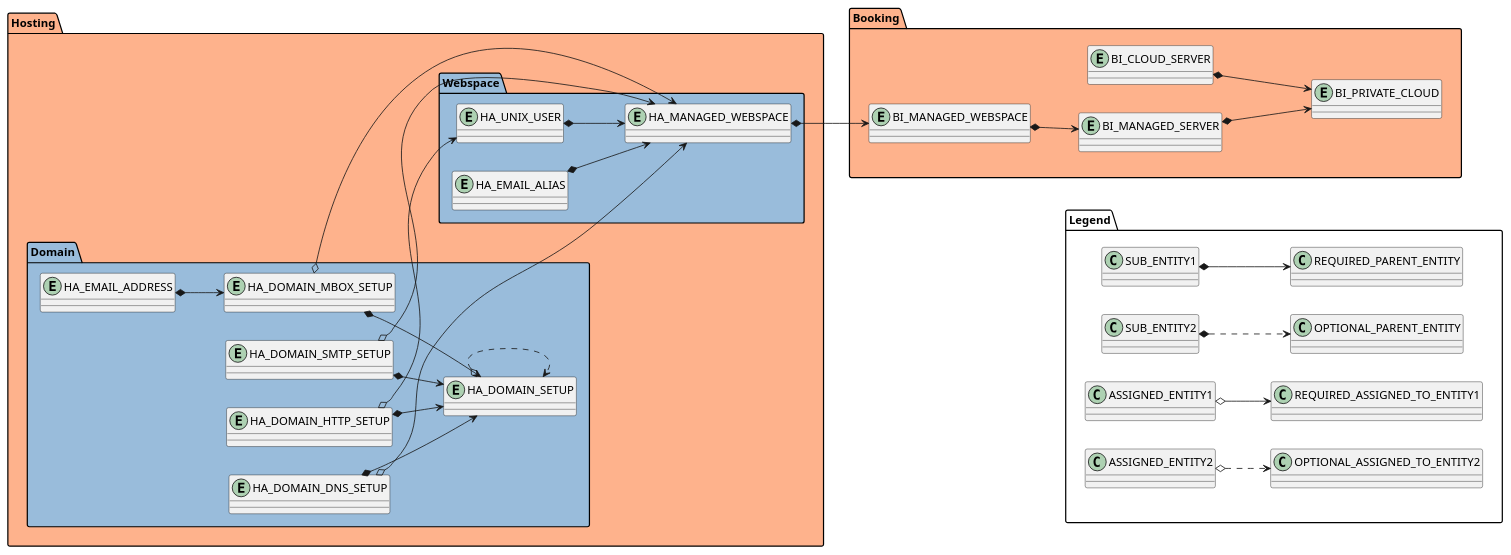
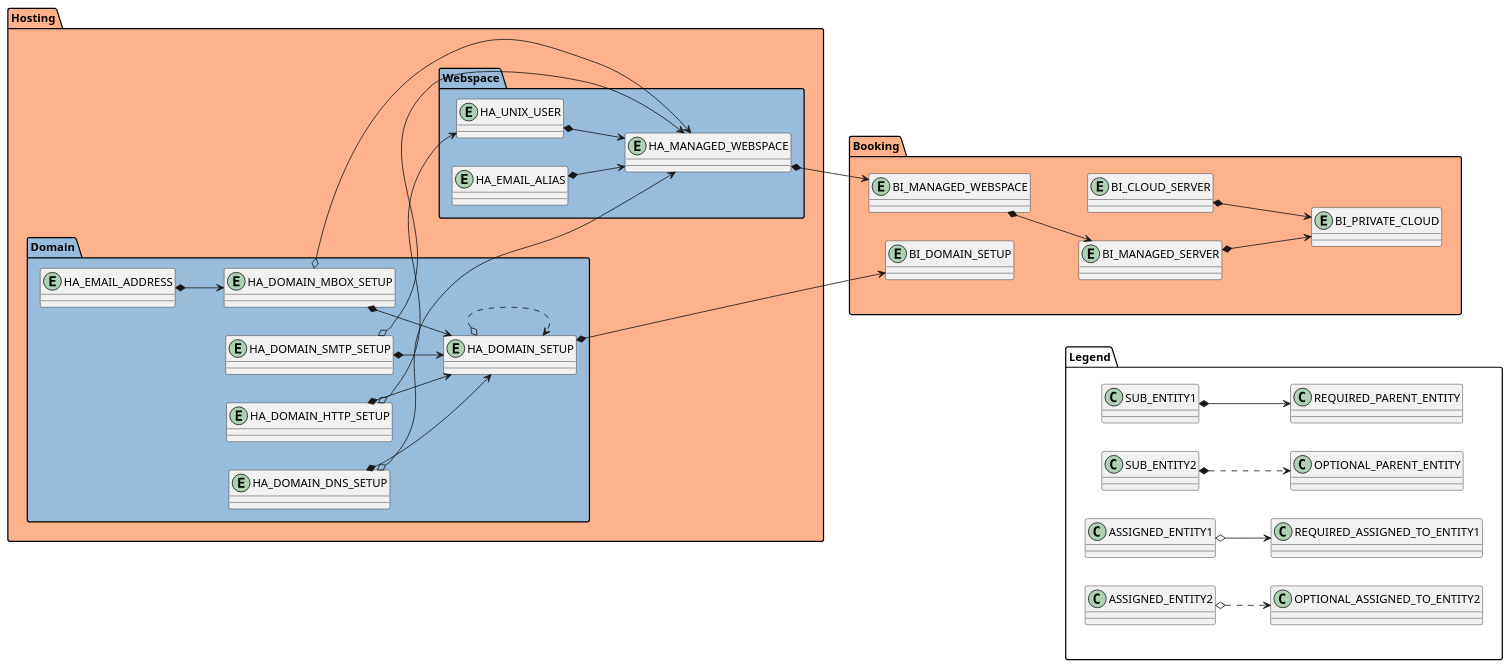
The second of 4 diagrams in doc/hs-hosting-asset-type-structure.md (mhoennig/hs.hsadmin.ng), drawn with PlantUML before and after one commit. The commit also changed other lines of this file and 11 other files, not shown here.

Commit message:
ceate bookingitems for domain-setup hostingassets (#95)

````diff
--- a/doc/hs-hosting-asset-type-structure.md
+++ b/doc/hs-hosting-asset-type-structure.md
@@ -61,55 +62,57 @@
 ```plantuml
 @startuml
 left to right direction
 
 package Booking #feb28c {
     entity BI_PRIVATE_CLOUD
     entity BI_CLOUD_SERVER
     entity BI_MANAGED_SERVER
     entity BI_MANAGED_WEBSPACE
+    entity BI_DOMAIN_SETUP
 }
 
 package Hosting #feb28c{
     package Domain #99bcdb {
         entity HA_DOMAIN_SETUP
         entity HA_DOMAIN_DNS_SETUP
         entity HA_DOMAIN_HTTP_SETUP
         entity HA_DOMAIN_SMTP_SETUP
         entity HA_DOMAIN_MBOX_SETUP
         entity HA_EMAIL_ADDRESS
     }
 
     package Webspace #99bcdb {
         entity HA_MANAGED_WEBSPACE
         entity HA_UNIX_USER
         entity HA_EMAIL_ALIAS
     }
 
 }
 
 BI_CLOUD_SERVER *--> BI_PRIVATE_CLOUD
 BI_MANAGED_SERVER *--> BI_PRIVATE_CLOUD
 BI_MANAGED_WEBSPACE *--> BI_MANAGED_SERVER
 
 HA_MANAGED_WEBSPACE *==> BI_MANAGED_WEBSPACE
 HA_UNIX_USER *==> HA_MANAGED_WEBSPACE
 HA_EMAIL_ALIAS *==> HA_MANAGED_WEBSPACE
+HA_DOMAIN_SETUP *==> BI_DOMAIN_SETUP
 HA_DOMAIN_SETUP o..> HA_DOMAIN_SETUP
 HA_DOMAIN_DNS_SETUP *==> HA_DOMAIN_SETUP
 HA_DOMAIN_DNS_SETUP o--> HA_MANAGED_WEBSPACE
 HA_DOMAIN_HTTP_SETUP *==> HA_DOMAIN_SETUP
 HA_DOMAIN_HTTP_SETUP o--> HA_UNIX_USER
 HA_DOMAIN_SMTP_SETUP *==> HA_DOMAIN_SETUP
 HA_DOMAIN_SMTP_SETUP o--> HA_MANAGED_WEBSPACE
 HA_DOMAIN_MBOX_SETUP *==> HA_DOMAIN_SETUP
 HA_DOMAIN_MBOX_SETUP o--> HA_MANAGED_WEBSPACE
 HA_EMAIL_ADDRESS *==> HA_DOMAIN_MBOX_SETUP
 
 package Legend #white {
     SUB_ENTITY1 *--> REQUIRED_PARENT_ENTITY
     SUB_ENTITY2 *..> OPTIONAL_PARENT_ENTITY
     ASSIGNED_ENTITY1 o--> REQUIRED_ASSIGNED_TO_ENTITY1
     ASSIGNED_ENTITY2 o..> OPTIONAL_ASSIGNED_TO_ENTITY2
 }
 Booking -down[hidden]->Legend
 ```
````
